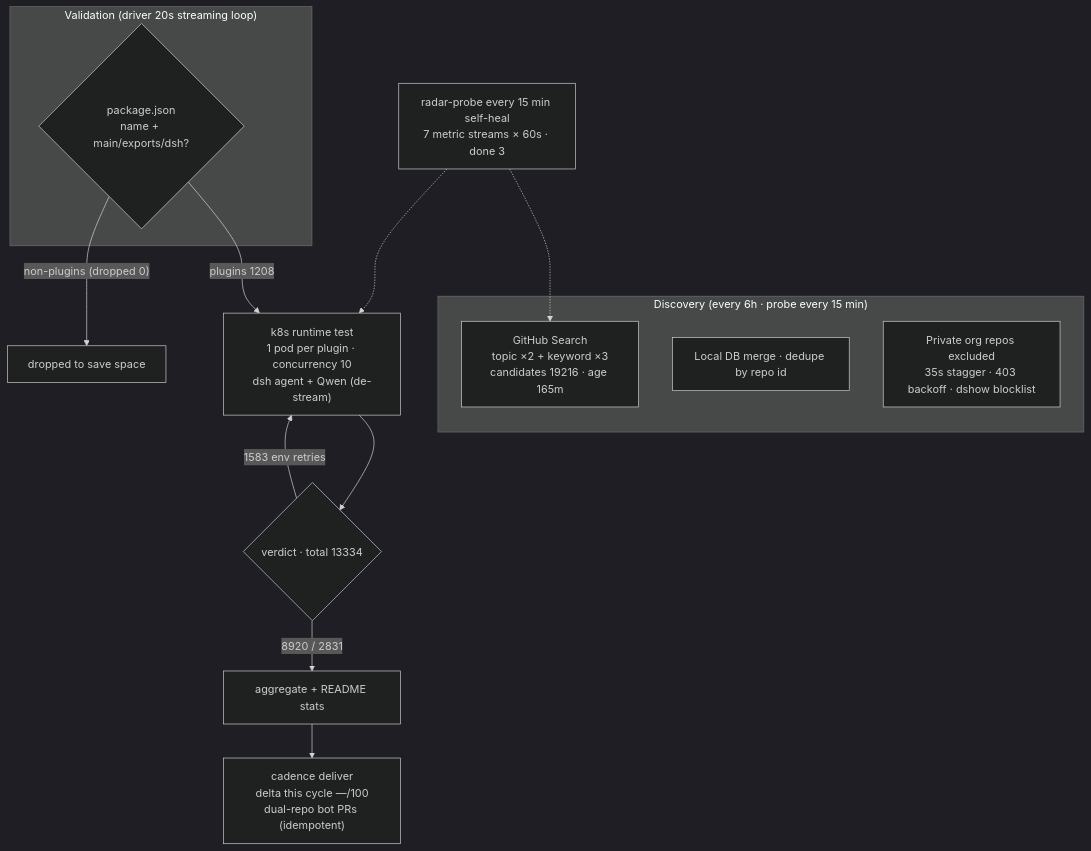
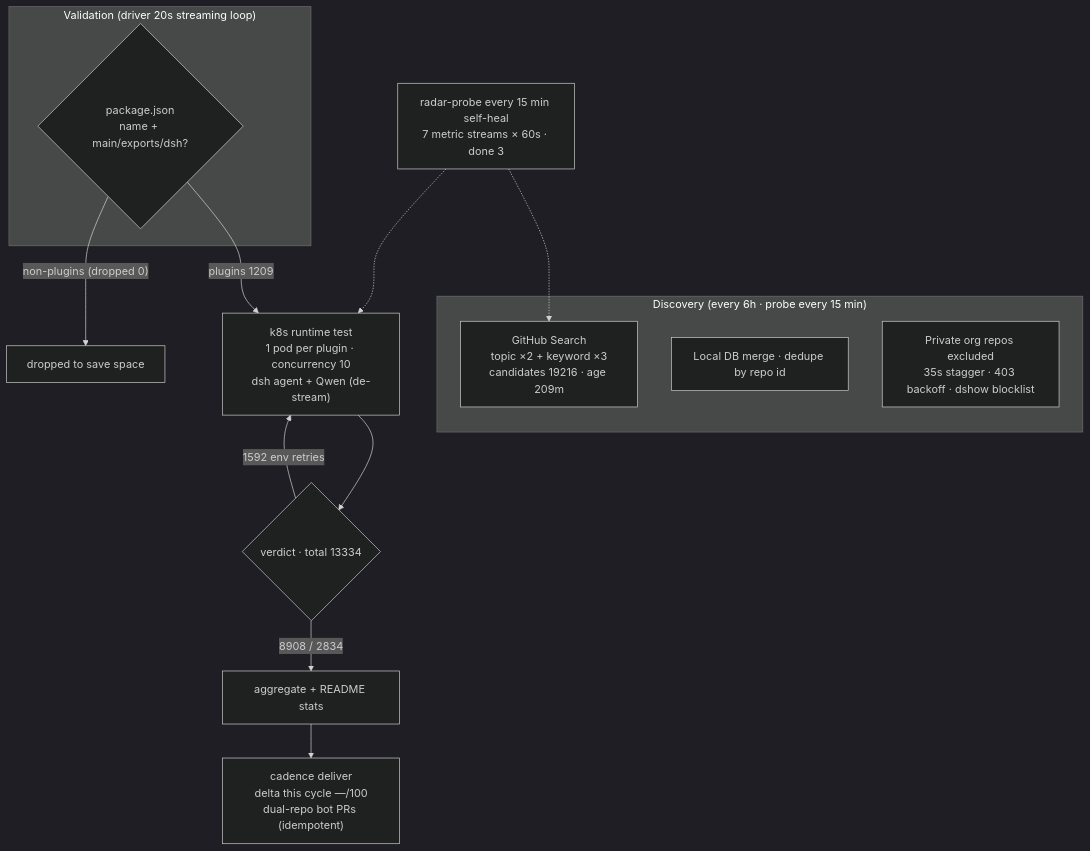
Before and after one commit to AdamPlatin123/dsh-plugin-radar: the diagram in README.en-US.md, drawn with Mermaid (dark theme). The commit also changed other lines of this file and 9 other files, not shown here.

````diff
--- a/README.en-US.md
+++ b/README.en-US.md
@@ -45,20 +45,20 @@
 ```mermaid
 flowchart TB
     subgraph Discovery["Discovery (every 6h · probe every 15 min)"]
-        A1["GitHub Search<br/>topic ×2 + keyword ×3<br/>candidates 19216 · age 165m"]
+        A1["GitHub Search<br/>topic ×2 + keyword ×3<br/>candidates 19216 · age 209m"]
         A2["Local DB merge · dedupe by repo id"]
         A3["Private org repos excluded<br/>35s stagger · 403 backoff · dshow blocklist"]
     end
     subgraph Validation["Validation (driver 20s streaming loop)"]
         B1{"package.json<br/>name + main/exports/dsh?"}
     end
-    B1 -->|"plugins 1208"| C1["k8s runtime test<br/>1 pod per plugin · concurrency 10<br/>dsh agent + Qwen (de-stream)"]
+    B1 -->|"plugins 1209"| C1["k8s runtime test<br/>1 pod per plugin · concurrency 10<br/>dsh agent + Qwen (de-stream)"]
     B1 -->|"non-plugins (dropped 0)"| B3["dropped to save space"]
     C1 --> D1{"verdict · total 13334"}
-    D1 -->|"8920 / 2831"| E1["aggregate + README stats"]
-    D1 -->|"1583 env retries"| C1
+    D1 -->|"8908 / 2834"| E1["aggregate + README stats"]
+    D1 -->|"1592 env retries"| C1
     E1 --> E2["cadence deliver<br/>delta this cycle —/100<br/>dual-repo bot PRs (idempotent)"]
     M["radar-probe every 15 min self-heal<br/>7 metric streams × 60s · done 3"]
     M -.-> A1
     M -.-> C1
 ```
````
